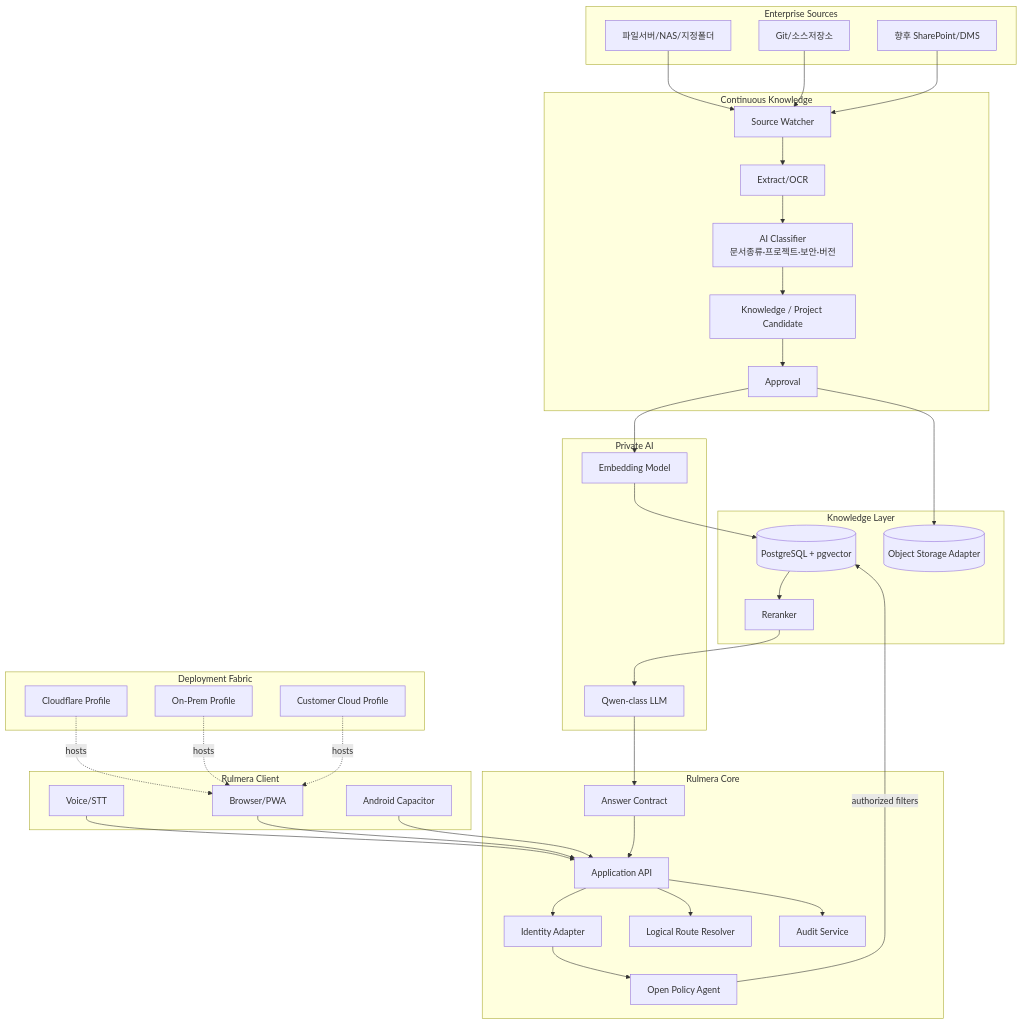
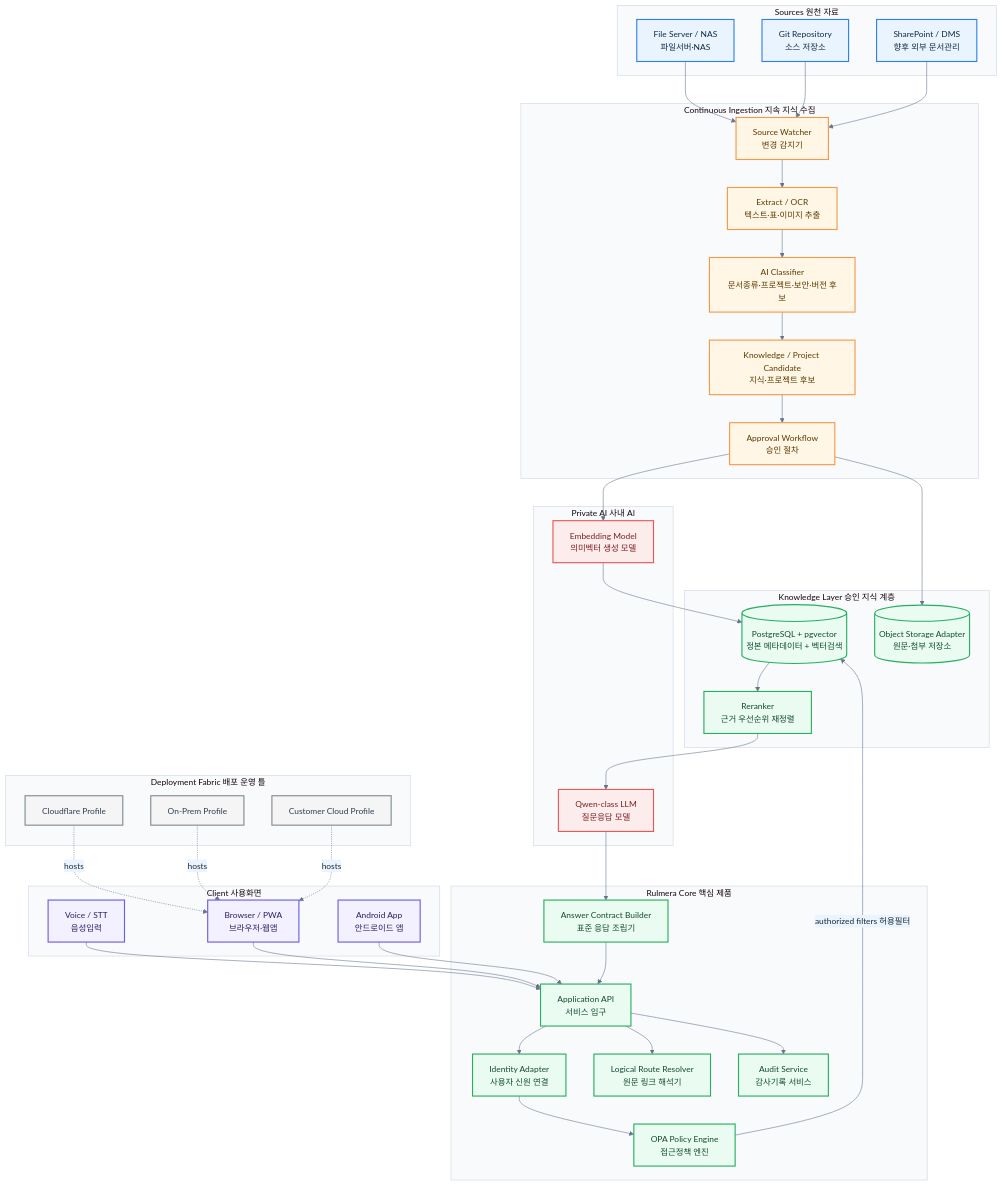
The first of 2 diagrams in rulmera-enterprise-knowledge/20-설계/01-전체-아키텍처.md (hori5000/Rulmera-OPA), drawn with Mermaid before and after one commit. The commit also changed other lines of this file and 63 other files, not shown here.

Commit message:
Sync Rulmera-OPA 전체 Vault 2026-09-17 10:25:49

````diff
--- a/rulmera-enterprise-knowledge/20-설계/01-전체-아키텍처.md
+++ b/rulmera-enterprise-knowledge/20-설계/01-전체-아키텍처.md
@@ -7,46 +26,47 @@
 ```mermaid
+%%{init: {"theme":"base","themeVariables":{"primaryColor":"#F8FAFC","primaryTextColor":"#1F2937","primaryBorderColor":"#64748B","lineColor":"#64748B","secondaryColor":"#EAF4FF","tertiaryColor":"#EAFBF2","clusterBkg":"#F8FAFC","clusterBorder":"#CBD5E1","fontSize":"15px"}} }%%
 flowchart TB
-  subgraph Sources[Enterprise Sources]
-    FS[파일서버/NAS/지정폴더]
-    GIT[Git/소스저장소]
-    EXT[향후 SharePoint/DMS]
+  subgraph Sources[Sources 원천 자료]
+    FS[File Server / NAS<br/>파일서버·NAS]
+    GIT[Git Repository<br/>소스 저장소]
+    EXT[SharePoint / DMS<br/>향후 외부 문서관리]
   end
 
-  subgraph Ingestion[Continuous Knowledge]
-    WATCH[Source Watcher]
-    EXTRACT[Extract/OCR]
-    CLASS[AI Classifier<br/>문서종류·프로젝트·보안·버전]
-    CAND[Knowledge / Project Candidate]
-    APPROVE[Approval]
+  subgraph Ingestion[Continuous Ingestion 지속 지식 수집]
+    WATCH[Source Watcher<br/>변경 감지기]
+    EXTRACT[Extract / OCR<br/>텍스트·표·이미지 추출]
+    CLASS[AI Classifier<br/>문서종류·프로젝트·보안·버전 후보]
+    CAND[Knowledge / Project Candidate<br/>지식·프로젝트 후보]
+    APPROVE[Approval Workflow<br/>승인 절차]
   end
 
-  subgraph Client[Rulmera Client]
-    WEB[Browser/PWA]
-    AND[Android Capacitor]
-    VOICE[Voice/STT]
+  subgraph Client[Client 사용화면]
+    WEB[Browser / PWA<br/>브라우저·웹앱]
+    AND[Android App<br/>안드로이드 앱]
+    VOICE[Voice / STT<br/>음성입력]
   end
 
-  subgraph App[Rulmera Core]
-    API[Application API]
-    AUTH[Identity Adapter]
-    OPA[Open Policy Agent]
-    ROUTE[Logical Route Resolver]
-    AUD[Audit Service]
-    CONTRACT[Answer Contract]
+  subgraph App[Rulmera Core 핵심 제품]
+    API[Application API<br/>서비스 입구]
+    AUTH[Identity Adapter<br/>사용자 신원 연결]
+    OPA[OPA Policy Engine<br/>접근정책 엔진]
+    ROUTE[Logical Route Resolver<br/>원문 링크 해석기]
+    AUD[Audit Service<br/>감사기록 서비스]
+    CONTRACT[Answer Contract Builder<br/>표준 응답 조립기]
   end
 
-  subgraph Knowledge[Knowledge Layer]
-    PG[(PostgreSQL + pgvector)]
-    OBJ[(Object Storage Adapter)]
-    RR[Reranker]
+  subgraph Knowledge[Knowledge Layer 승인 지식 계층]
+    PG[(PostgreSQL + pgvector<br/>정본 메타데이터 + 벡터검색)]
+    OBJ[(Object Storage Adapter<br/>원문·첨부 저장소)]
+    RR[Reranker<br/>근거 우선순위 재정렬]
   end
 
-  subgraph AI[Private AI]
-    LLM[Qwen-class LLM]
-    EMB[Embedding Model]
+  subgraph AI[Private AI 사내 AI]
+    LLM[Qwen-class LLM<br/>질문응답 모델]
+    EMB[Embedding Model<br/>의미벡터 생성 모델]
   end
 
-  subgraph Deploy[Deployment Fabric]
+  subgraph Deploy[Deployment Fabric 배포 운영 틀]
     DCF[Cloudflare Profile]
     DOP[On-Prem Profile]
     DCC[Customer Cloud Profile]
@@ -63,13 +83,26 @@
   WEB --> API
   AND --> API
   API --> AUTH --> OPA
-  OPA -->|authorized filters| PG
+  OPA -->|authorized filters 허용필터| PG
   PG --> RR --> LLM
   LLM --> CONTRACT --> API
   API --> ROUTE
   API --> AUD
 
-  DCF -.hosts.-> WEB
-  DOP -.hosts.-> WEB
-  DCC -.hosts.-> WEB
+  DCF -. hosts .-> WEB
+  DOP -. hosts .-> WEB
+  DCC -. hosts .-> WEB
+
+  classDef source fill:#EAF4FF,stroke:#2F80ED,stroke-width:2px,color:#102A43;
+  classDef ingest fill:#FFF6E5,stroke:#F2994A,stroke-width:2px,color:#5C3B00;
+  classDef client fill:#F3F0FF,stroke:#6C5CE7,stroke-width:2px,color:#2D1E5F;
+  classDef core fill:#EAFBF2,stroke:#27AE60,stroke-width:2px,color:#114B2E;
+  classDef ai fill:#FDECEC,stroke:#EB5757,stroke-width:2px,color:#7A1F1F;
+  classDef dep fill:#F5F5F5,stroke:#7F8C8D,stroke-width:2px,color:#2C3E50;
+  class FS,GIT,EXT source;
+  class WATCH,EXTRACT,CLASS,CAND,APPROVE ingest;
+  class WEB,AND,VOICE client;
+  class API,AUTH,OPA,ROUTE,AUD,CONTRACT,PG,OBJ,RR core;
+  class LLM,EMB ai;
+  class DCF,DOP,DCC dep;
 ```
````
